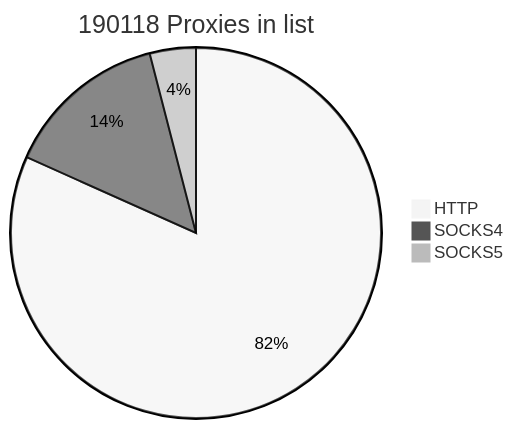
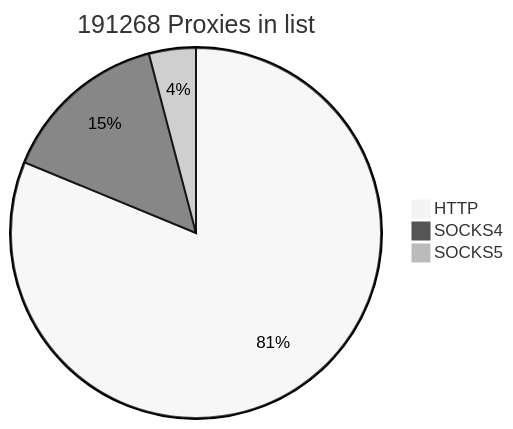
Before and after one commit to cutipu/proxylist: the first of 2 diagrams in README.md, drawn with Mermaid (neutral theme). The commit also changed other lines of this file, not shown here.

````diff
--- a/README.md
+++ b/README.md
@@ -2,7 +2,7 @@
 ```mermaid
-pie title 190118 Proxies in list
-    "HTTP" : 155334
-    "SOCKS4" : 27139
-    "SOCKS5" : 7645
+pie title 191268 Proxies in list
+    "HTTP" : 155359
+    "SOCKS4" : 28078
+    "SOCKS5" : 7831
             
 ```
````
